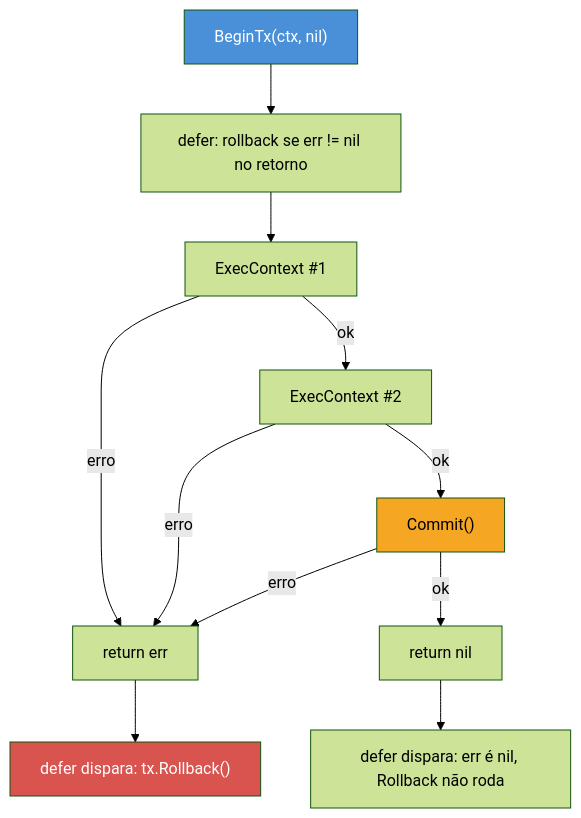
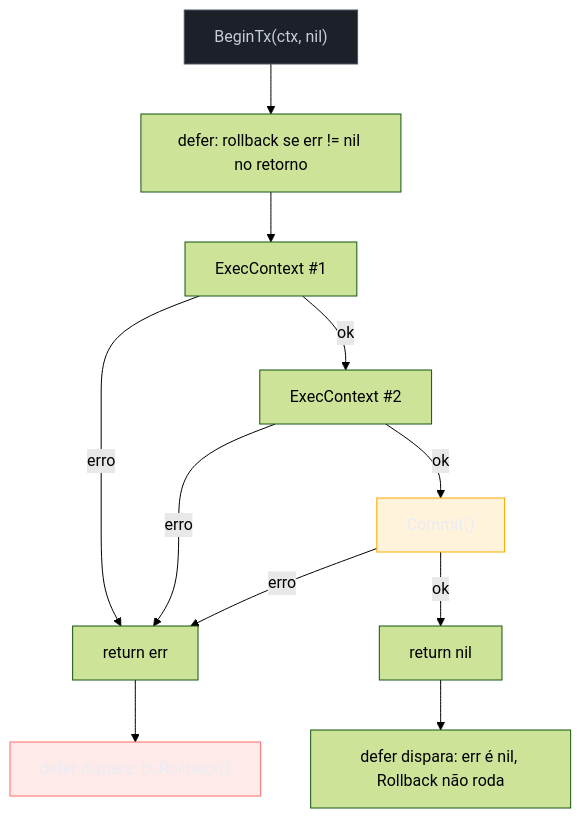
One commit to josenaldo/codex-technomanticus changed the first of 2 diagrams in 03-Dominios/Tecnologia/Go/11 - Persistência/08 - Transações e o padrão repository.md. Above: the diagram before and after it, drawn with Mermaid (forest theme). The commit also changed other lines of this file and 1181 other files, not shown here.

First line of the commit message:
fix(diagramas): paleta do sistema no lugar de cor cravada no markdown

````diff
--- a/03-Dominios/Tecnologia/Go/11 - Persistência/08 - Transações e o padrão repository.md
+++ b/03-Dominios/Tecnologia/Go/11 - Persistência/08 - Transações e o padrão repository.md
@@ -107,17 +107,20 @@
 ```mermaid
 flowchart TD
+    classDef neutro fill:#1B2029,stroke:#4E5666,color:#C6CCD8
+    classDef destaque fill:#FFAA0024,stroke:#FFAA00,color:#E9ECF2
+    classDef falha fill:#FF6B6B24,stroke:#FF6B6B,color:#E9ECF2
     A["BeginTx(ctx, nil)"] --> B["defer: rollback se err != nil no retorno"]
     B --> C["ExecContext #1"]
     C -->|erro| E["return err"]
     C -->|ok| D["ExecContext #2"]
     D -->|erro| E
     D -->|ok| F["Commit()"]
     F -->|erro| E
     F -->|ok| G["return nil"]
     E --> H["defer dispara: tx.Rollback()"]
     G --> I["defer dispara: err é nil, Rollback não roda"]
 
-    style A fill:#4A90D9,color:#fff
-    style F fill:#F5A623,color:#000
-    style H fill:#D9534F,color:#fff
+    class A neutro
+    class F destaque
+    class H falha
 ```
````
